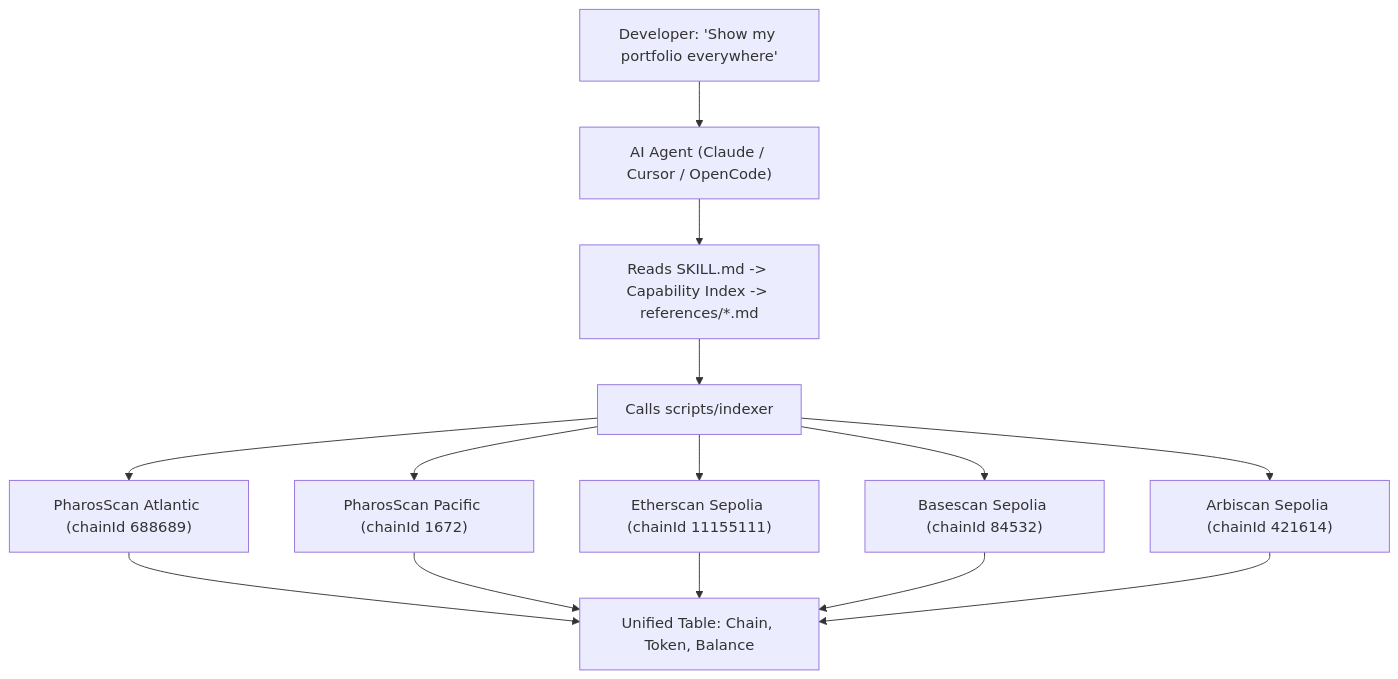
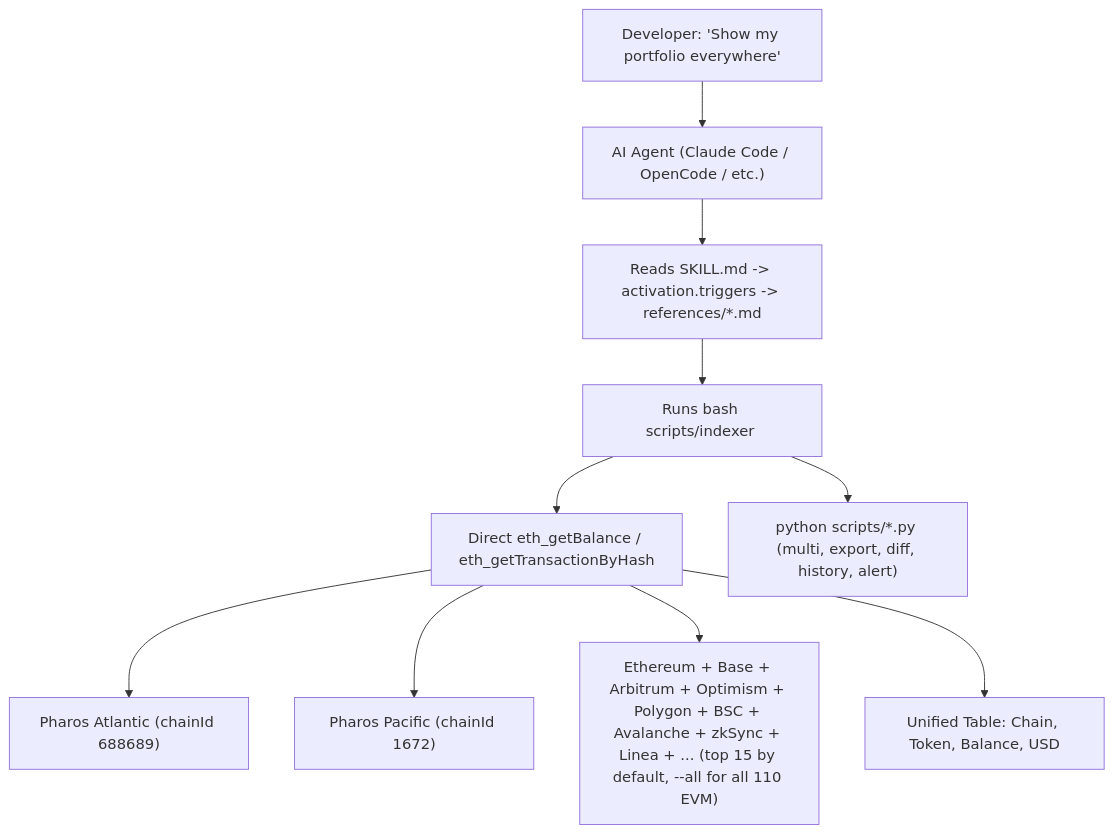
Before and after one commit to antidumpalways/pharos-crosschain-indexer: the diagram in README.md, drawn with Mermaid. The commit also changed other lines of this file, not shown here.

````diff
--- a/README.md
+++ b/README.md
@@ -52,16 +56,12 @@
 ```mermaid
 flowchart TB
-    USER["Developer: 'Show my portfolio everywhere'"] --> AGENT["AI Agent (Claude / Cursor / OpenCode)"]
-    AGENT --> SKILL["Reads SKILL.md -> Capability Index -> references/*.md"]
-    SKILL --> INDEXER["Calls scripts/indexer"]
-    INDEXER --> ATL["PharosScan Atlantic (chainId 688689)"]
-    INDEXER --> PAC["PharosScan Pacific (chainId 1672)"]
-    INDEXER --> ETH["Etherscan Sepolia (chainId 11155111)"]
-    INDEXER --> BASE["Basescan Sepolia (chainId 84532)"]
-    INDEXER --> ARB["Arbiscan Sepolia (chainId 421614)"]
-    ATL --> RESULT["Unified Table: Chain, Token, Balance"]
-    PAC --> RESULT
-    ETH --> RESULT
-    BASE --> RESULT
-    ARB --> RESULT
+    USER["Developer: 'Show my portfolio everywhere'"] --> AGENT["AI Agent (Claude Code / OpenCode / etc.)"]
+    AGENT --> SKILL["Reads SKILL.md -> activation.triggers -> references/*.md"]
+    SKILL --> INDEXER["Runs bash scripts/indexer <cmd>"]
+    INDEXER --> RPC["Direct eth_getBalance / eth_getTransactionByHash"]
+    RPC --> ATL["Pharos Atlantic (chainId 688689)"]
+    RPC --> PAC["Pharos Pacific (chainId 1672)"]
+    RPC --> ETH["Ethereum + Base + Arbitrum + Optimism + Polygon + BSC + Avalanche + zkSync + Linea + ... (top 15 by default, --all for all 110 EVM)"]
+    RPC --> RESULT["Unified Table: Chain, Token, Balance, USD"]
+    INDEXER --> PY["python scripts/*.py (multi, export, diff, history, alert)"]
 ```
````
